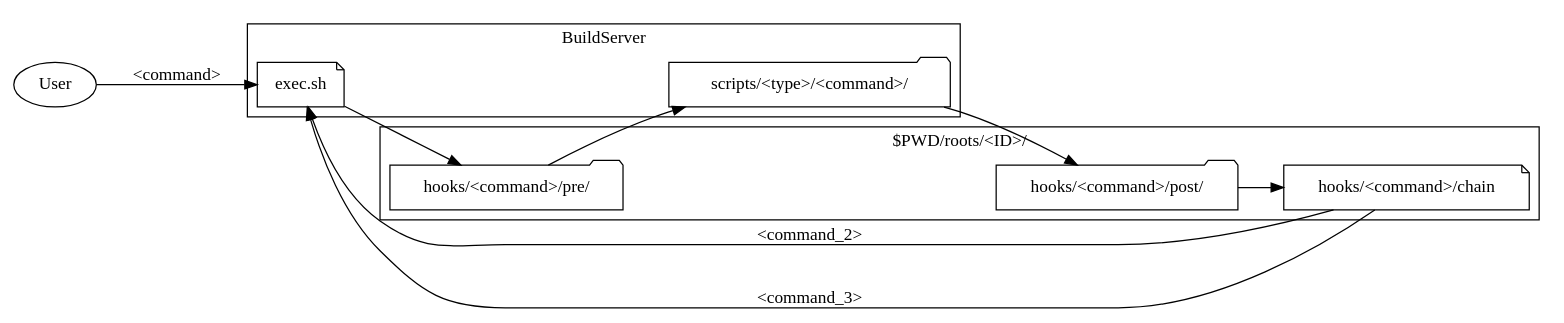
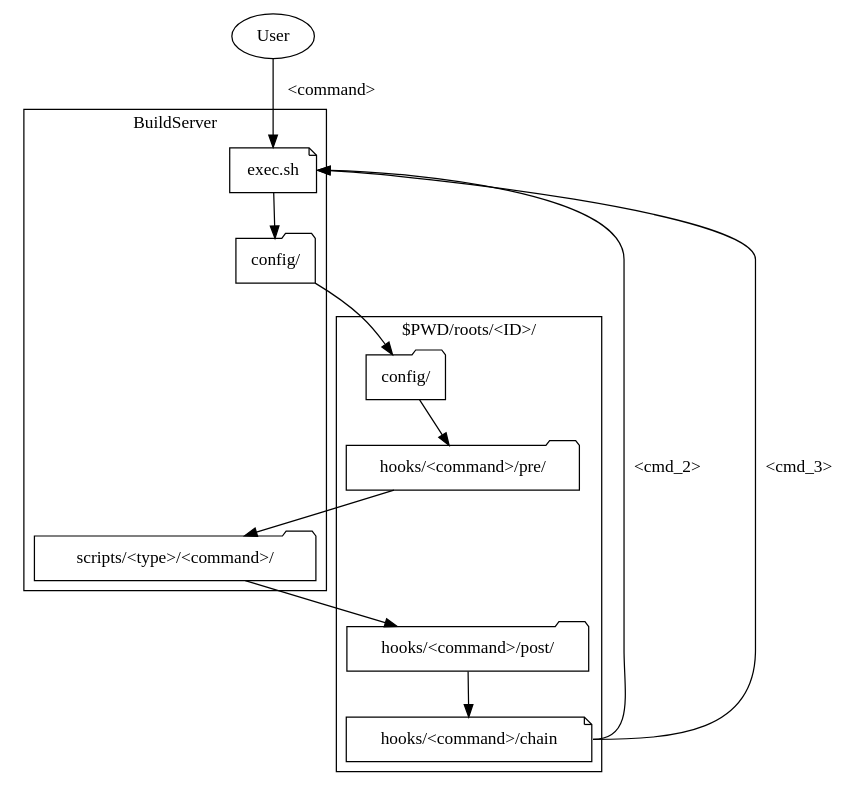
One commit to IBT-FMI/NeuroGentooProject changed the diagram in doc/graph/Scripts.dot. Above: the diagram before and after it, drawn with Graphviz. The commit also changed 13 other files, not shown here.

```diff
--- a/doc/graph/Scripts.dot
+++ b/doc/graph/Scripts.dot
@@ -1,22 +1,24 @@
 digraph{
-	rankdir=LR;
+	rankdir=TB;
 	newrank=true;
 	User;
 	node[shape="folder"]
 	subgraph cluster0{
 		label="$PWD/roots/<ID>/";
+		Config2[label="config/"];
 		Pre[label="hooks/<command>/pre/"];
 		Post[label="hooks/<command>/post/"];
 		Chain[shape="note", label="hooks/<command>/chain"];
 	}
 	subgraph cluster1{
 		label="BuildServer";
 		Exec[shape="note",label="exec.sh"];
+		Config1[label="config/"];
 		Main[label="scripts/<type>/<command>/"];
 	}
 	User -> Exec [label="<command>"];
-	Exec -> Pre -> Main -> Post -> Chain;
+	Exec -> Config1 -> Config2 -> Pre -> Main -> Post -> Chain;
 	newrank=false;
-	Chain -> Exec [label="<command_2>"];
-	Chain -> Exec [label="<command_3>"];
+	Chain:e -> Exec:e [label="<cmd_2>"];
+	Chain:e -> Exec:e [label="<cmd_3>"];
 }
```
